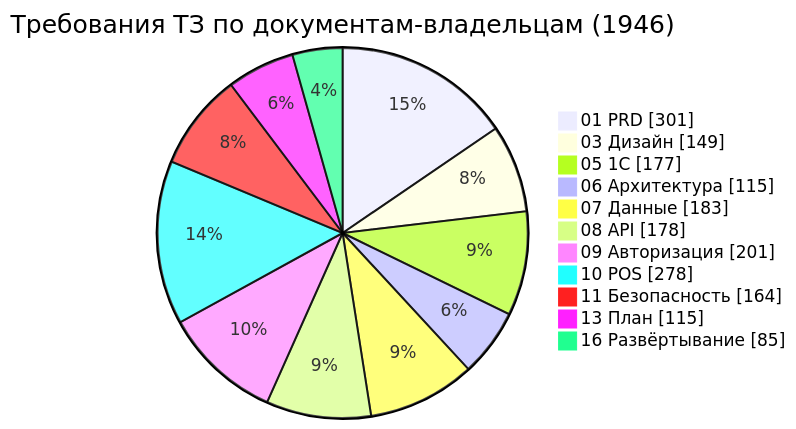
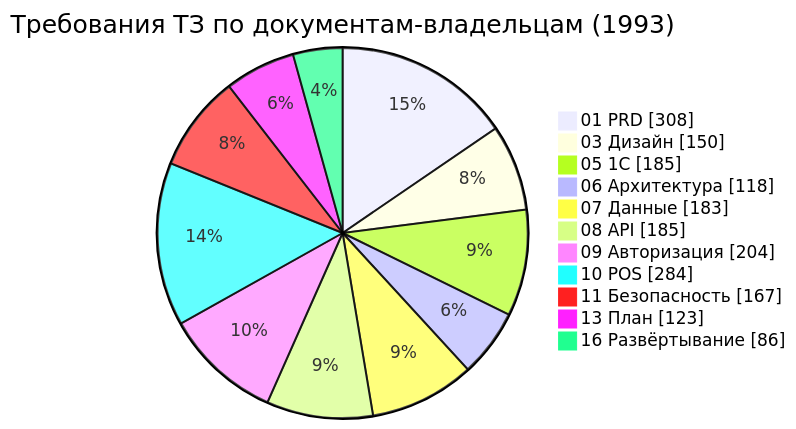
Before and after one commit to adhamjon100/optomstroy: the third of 3 diagrams in docs/specification/00_EXECUTIVE_SUMMARY.md, drawn with Mermaid. The commit also changed other lines of this file and 2687 other files, not shown here.

````diff
--- a/docs/specification/00_EXECUTIVE_SUMMARY.md
+++ b/docs/specification/00_EXECUTIVE_SUMMARY.md
@@ -576,15 +595,15 @@
 ```mermaid
 pie showData
-  title Требования ТЗ по документам-владельцам (1946)
-  "01 PRD" : 301
-  "03 Дизайн" : 149
-  "05 1С" : 177
-  "06 Архитектура" : 115
+  title Требования ТЗ по документам-владельцам (1993)
+  "01 PRD" : 308
+  "03 Дизайн" : 150
+  "05 1С" : 185
+  "06 Архитектура" : 118
   "07 Данные" : 183
-  "08 API" : 178
-  "09 Авторизация" : 201
-  "10 POS" : 278
-  "11 Безопасность" : 164
-  "13 План" : 115
-  "16 Развёртывание" : 85
+  "08 API" : 185
+  "09 Авторизация" : 204
+  "10 POS" : 284
+  "11 Безопасность" : 167
+  "13 План" : 123
+  "16 Развёртывание" : 86
 ```
````
